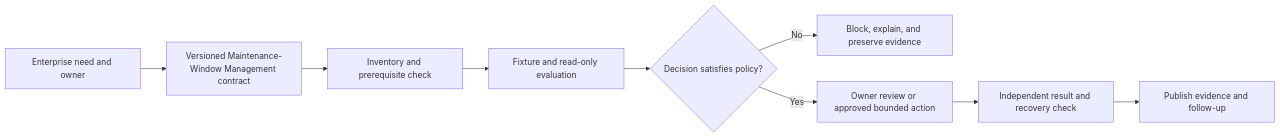
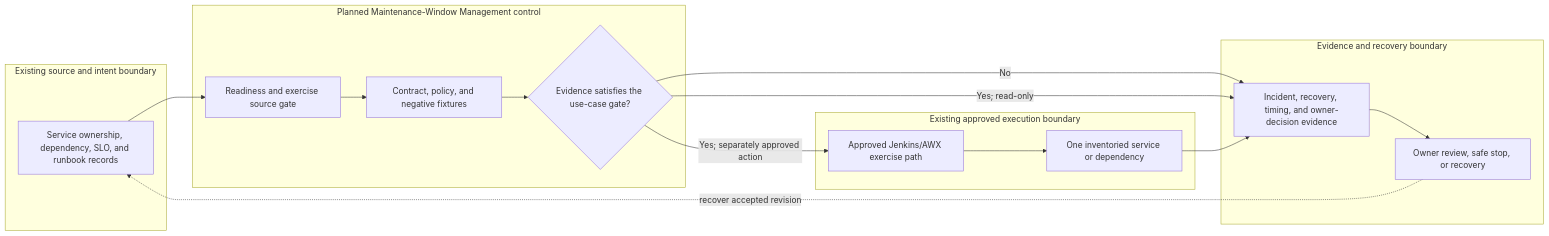
Before and after one commit to MIDHTECH/enterprise-architecture-docs: the diagram in docs/use-cases/resilience/UC-RSO-020-maintenance-window-management.md, drawn with Mermaid. The commit also changed other lines of this file and 227 other files, not shown here.

Commit message:
Deepen architecture for all use case designs

````diff
--- a/docs/use-cases/resilience/UC-RSO-020-maintenance-window-management.md
+++ b/docs/use-cases/resilience/UC-RSO-020-maintenance-window-management.md
@@ -136,11 +129,25 @@
 ```mermaid
 flowchart LR
-    Need["Enterprise need and owner"] --> Contract["Versioned Maintenance-Window Management contract"]
-    Contract --> Preflight["Inventory and prerequisite check"]
-    Preflight --> Evaluate["Fixture and read-only evaluation"]
-    Evaluate --> Decision{"Decision satisfies policy?"}
-    Decision -->|No| Stop["Block, explain, and preserve evidence"]
-    Decision -->|Yes| Review["Owner review or approved bounded action"]
-    Review --> Verify["Independent result and recovery check"]
-    Verify --> Publish["Publish evidence and follow-up"]
+    subgraph Source["Existing source and intent boundary"]
+        A["Service ownership, dependency, SLO, and runbook records"]
+    end
+    subgraph Planned["Planned Maintenance-Window Management control"]
+        B["Readiness and exercise source gate"]
+        C["Contract, policy, and negative fixtures"]
+        D{"Evidence satisfies the use-case gate?"}
+    end
+    subgraph Runtime["Existing approved execution boundary"]
+        E["Approved Jenkins/AWX exercise path"]
+        F["One inventoried service or dependency"]
+    end
+    subgraph Assurance["Evidence and recovery boundary"]
+        G["Incident, recovery, timing, and owner-decision evidence"]
+        H["Owner review, safe stop, or recovery"]
+    end
+
+    A --> B --> C --> D
+    D -->|No| G --> H
+    D -->|Yes; read-only| G
+    D -->|Yes; separately approved action| E --> F --> G
+    H -. recover accepted revision .-> A
 ```
````
